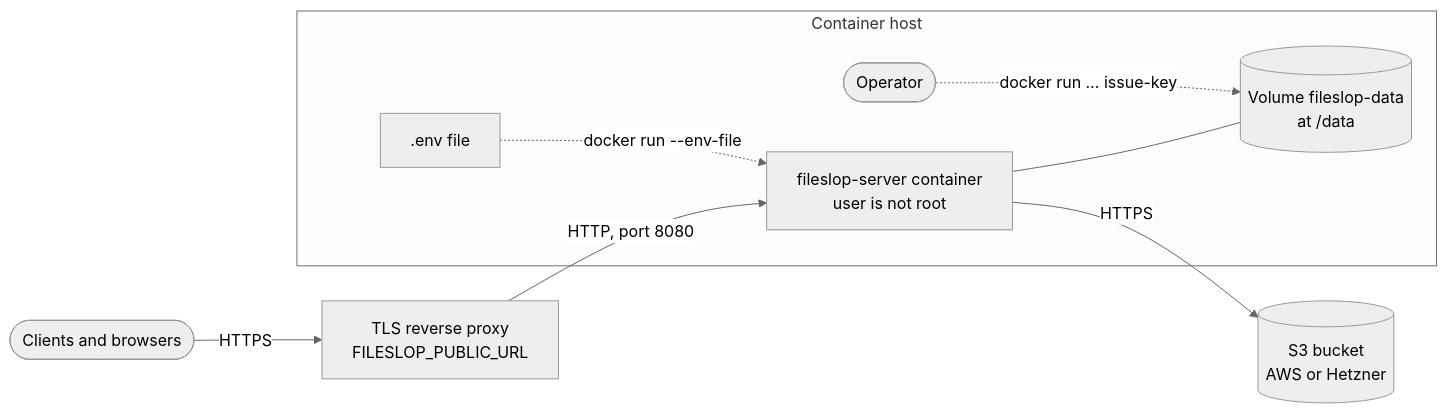
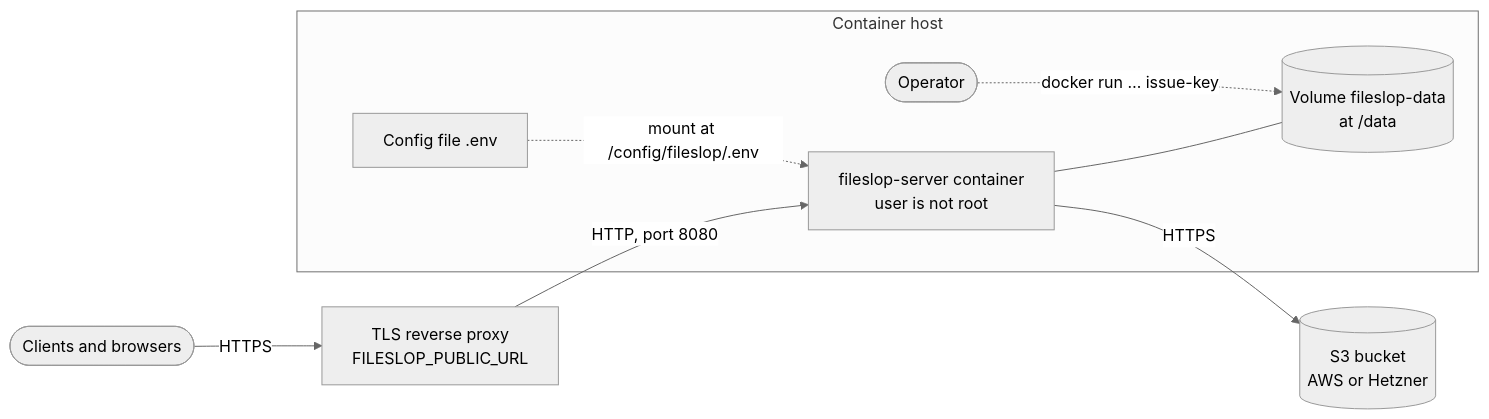
One commit to esukram/fileslop changed the diagram in docs/prds/PRD-deployment.md. Above: the diagram before and after it, drawn with Mermaid (neutral theme). The commit also changed other lines of this file and 24 other files, not shown here.

First line of the commit message:
feat(cli)!: run the server with npx fileslop serve (#9)

````diff
--- a/docs/prds/PRD-deployment.md
+++ b/docs/prds/PRD-deployment.md
@@ -43,11 +46,11 @@
 ```mermaid
 flowchart LR
   users([Clients and browsers]) -- HTTPS --> proxy["TLS reverse proxy<br/>FILESLOP_PUBLIC_URL"]
   proxy -- "HTTP, port 8080" --> app
   subgraph host [Container host]
-    env[".env file"] -. "docker run --env-file" .-> app["fileslop-server container<br/>user is not root"]
+    env["Config file .env"] -. "mount at /config/fileslop/.env" .-> app["fileslop-server container<br/>user is not root"]
     app --- vol[("Volume fileslop-data<br/>at /data")]
     op([Operator]) -. "docker run … issue-key" .-> vol
   end
   app -- HTTPS --> bucket[("S3 bucket<br/>AWS or Hetzner")]
 ```
````
